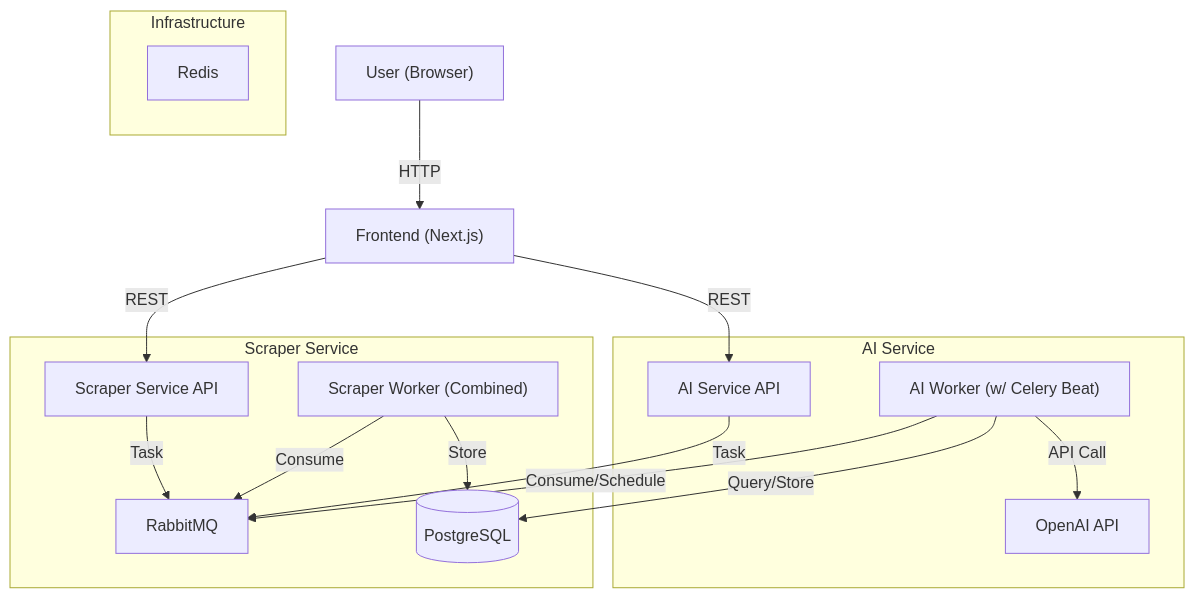
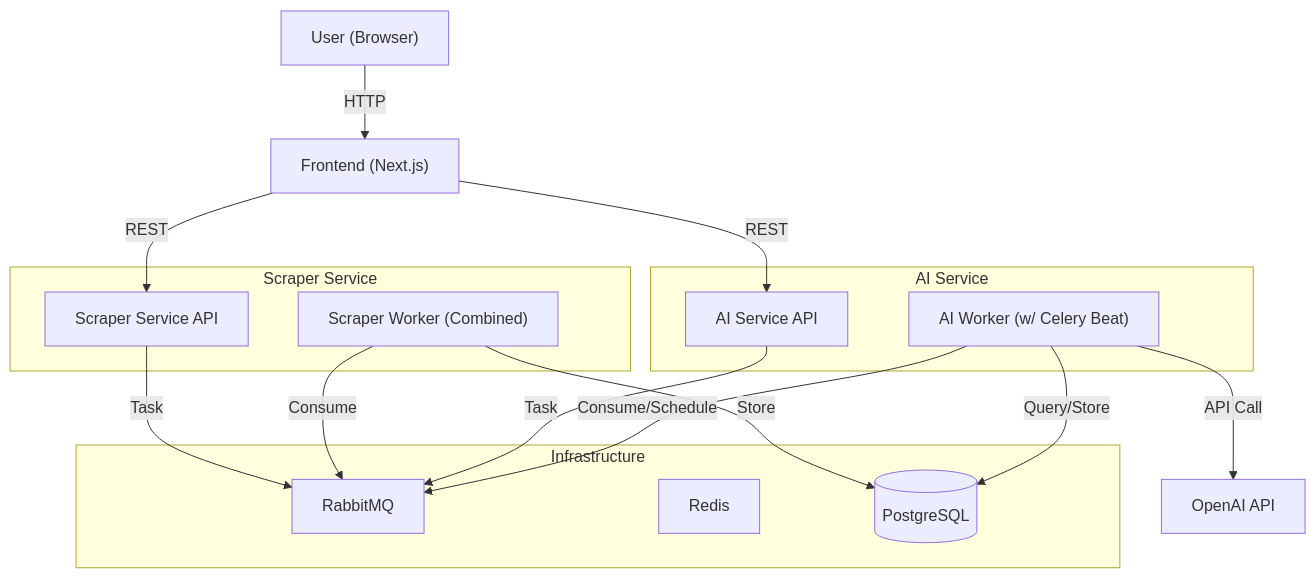
The diagram in README.MD (code-by-fh/ai-job-analyzer), drawn with Mermaid before and after one commit. The commit also changed 1 other file, not shown here.

Commit message:
add captain-definition for server and update mermaid in readme

````diff
--- a/README.MD
+++ b/README.MD
@@ -39,25 +39,35 @@
 ```mermaid
 graph TD
-    User["User (Browser)"] -->|HTTP| Frontend["Frontend (Next.js)"]
-    Frontend -->|REST| ScraperAPI["Scraper Service API"]
-    Frontend -->|REST| AIAPI["AI Service API"]
-    
-    subgraph "Scraper Service"
-        ScraperAPI -->|Task| RabbitMQ
-        ScraperWorker["Scraper Worker (Combined)"] -->|Consume| RabbitMQ
-        ScraperWorker -->|Store| DB[("PostgreSQL")]
+    User["User (Browser)"]
+    Frontend["Frontend (Next.js)"]
+    OpenAI["OpenAI API"]
+
+    subgraph Infrastructure ["Infrastructure"]
+        RabbitMQ["RabbitMQ"]
+        Redis["Redis"]
+        DB[("PostgreSQL")]
+    end
+
+    subgraph ScraperService ["Scraper Service"]
+        ScraperAPI["Scraper Service API"]
+        ScraperWorker["Scraper Worker (Combined)"]
+    end
+
+    subgraph AIService ["AI Service"]
+        AIAPI["AI Service API"]
+        AIWorker["AI Worker (w/ Celery Beat)"]
     end
     
-    subgraph "AI Service"
-        AIAPI -->|Task| RabbitMQ
-        AIWorker["AI Worker (w/ Celery Beat)"] -->|Consume/Schedule| RabbitMQ
-        AIWorker -->|Query/Store| DB
-        AIWorker -->|API Call| OpenAI["OpenAI API"]
-    end
+    User -->|HTTP| Frontend
+    Frontend -->|REST| ScraperAPI
+    Frontend -->|REST| AIAPI
     
-    subgraph "Infrastructure"
-        RabbitMQ
-        Redis
-        DB
-    end
+    ScraperAPI -->|Task| RabbitMQ
+    ScraperWorker -->|Consume| RabbitMQ
+    ScraperWorker -->|Store| DB
+    
+    AIAPI -->|Task| RabbitMQ
+    AIWorker -->|Consume/Schedule| RabbitMQ
+    AIWorker -->|Query/Store| DB
+    AIWorker -->|API Call| OpenAI
 ```
````
